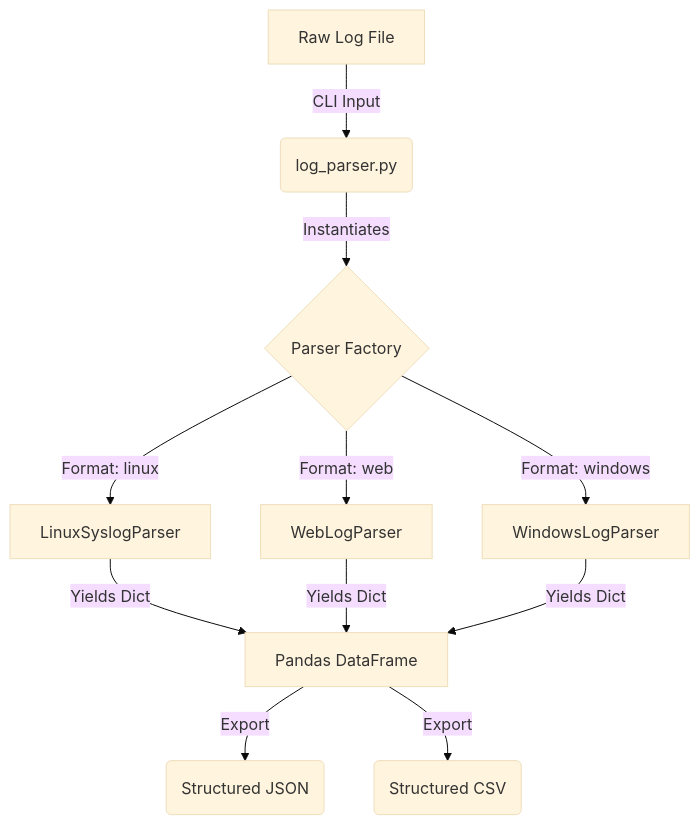
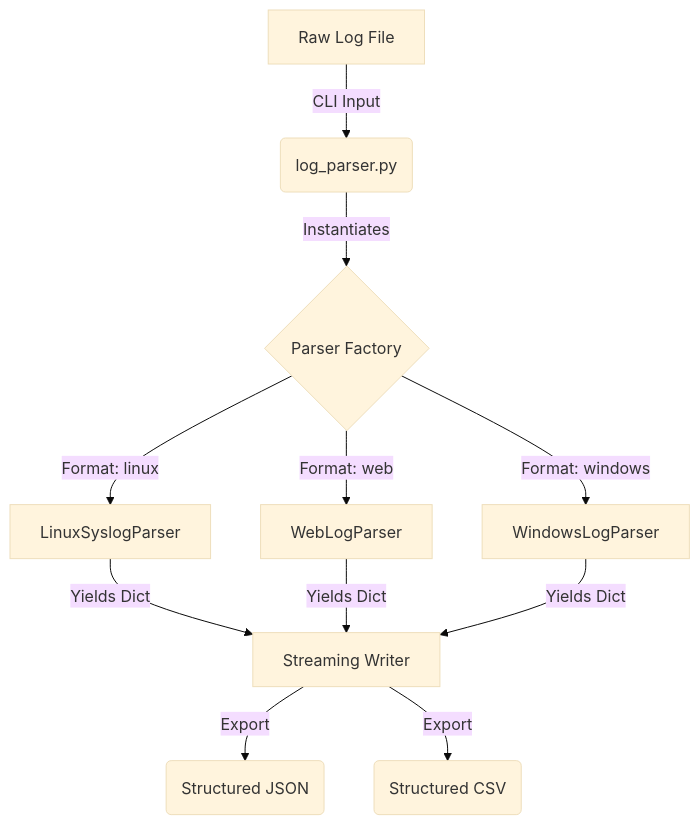
One commit to LiamCarPer/log-parser-toolkit changed the diagram in README.md. Above: the diagram before and after it, drawn with Mermaid (base theme). The commit also changed other lines of this file and 12 other files, not shown here.

````diff
--- a/README.md
+++ b/README.md
@@ -27,13 +28,13 @@
 ```mermaid
 graph TD
     A[Raw Log File] -->|CLI Input| B(log_parser.py)
     B -->|Instantiates| C{Parser Factory}
     C -->|Format: linux| D[LinuxSyslogParser]
     C -->|Format: web| E[WebLogParser]
     C -->|Format: windows| F[WindowsLogParser]
-    D -->|Yields Dict| G[Pandas DataFrame]
+    D -->|Yields Dict| G[Streaming Writer]
     E -->|Yields Dict| G
     F -->|Yields Dict| G
     G -->|Export| H(Structured JSON)
     G -->|Export| I(Structured CSV)
 ```
````
